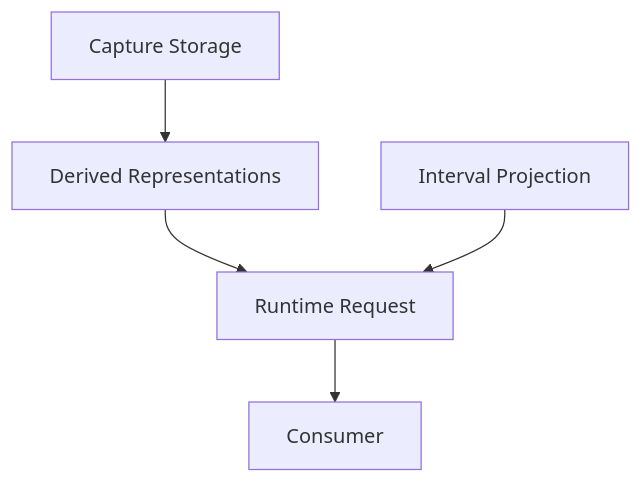
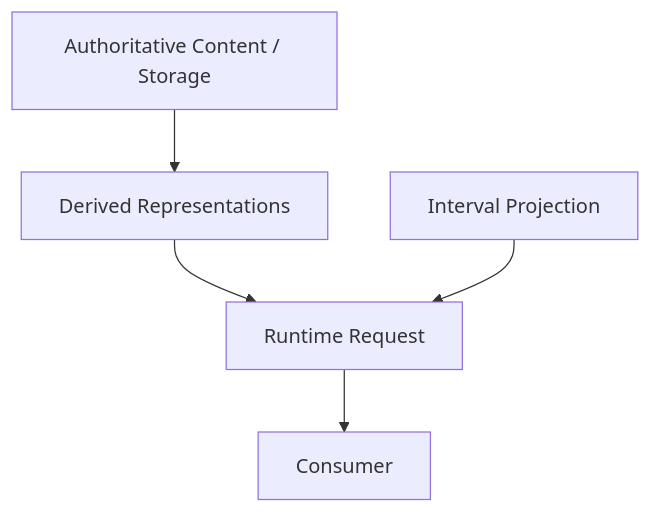
One commit to Lytrix/MidiLooper changed the diagram in docs/Authority/Architecture/RuntimeArchitecture.md. Above: the diagram before and after it, drawn with Mermaid. The commit also changed other lines of this file and 5 other files, not shown here.

First line of the commit message:
Align runtime architecture with immutable snapshot boundaries.

````diff
--- a/docs/Authority/Architecture/RuntimeArchitecture.md
+++ b/docs/Authority/Architecture/RuntimeArchitecture.md
@@ -24,13 +24,13 @@
 ```mermaid
 flowchart TB
-  CS[Capture Storage]
+  CS[Authoritative Content / Storage]
   DR[Derived Representations]
   IP[Interval Projection]
   RR[Runtime Request]
   C[Consumer]
 
   CS --> DR
   DR --> RR
   IP --> RR
   RR --> C
 ```
````
